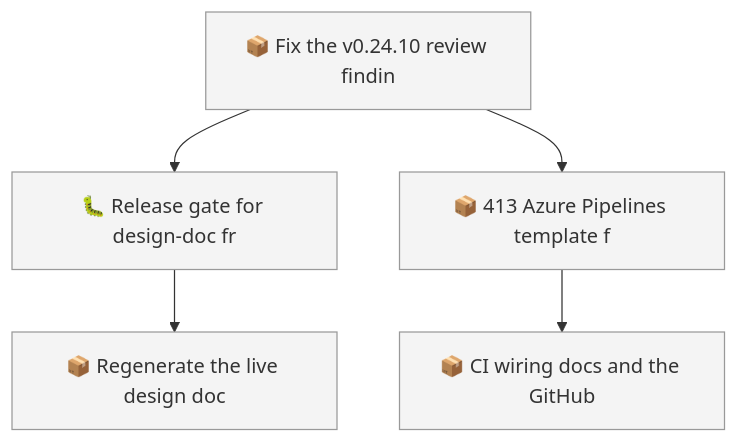
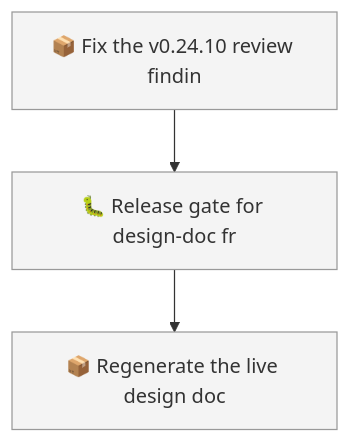
One commit to SpillwaveSolutions/wiki_ticket_sdd changed the first of 2 diagrams in docs/roadmap.md. Above: the diagram before and after it, drawn with Mermaid. The commit also changed other lines of this file and 5 other files, not shown here.

Commit message:
chore(worklog): regenerate derived docs after merge (01M2XCWMV0QYM4ZRBWN1V1327B)

````diff
--- a/docs/roadmap.md
+++ b/docs/roadmap.md
@@ -43,14 +41,10 @@
 ```mermaid
 graph TD
     01M2XCWMV0QYM4ZRBWN1V1327B["📦 Fix the v0.24.10 review findin"]
     01M2XCWMVEH3XFP2VPS9JBD6XQ["🐛 Release gate for design-doc fr"]
     01M2XCWMVEH3XFP2VPS9JBD6XS["📦 Regenerate the live design doc"]
-    01M2XCWMVEH3XFP2VPS9JBD6XV["📦 413 Azure Pipelines template f"]
-    01M2XCWMVEH3XFP2VPS9JBD6XX["📦 CI wiring docs and the GitHub"]
     01M2XCWMV0QYM4ZRBWN1V1327B --> 01M2XCWMVEH3XFP2VPS9JBD6XQ
     01M2XCWMVEH3XFP2VPS9JBD6XQ --> 01M2XCWMVEH3XFP2VPS9JBD6XS
-    01M2XCWMV0QYM4ZRBWN1V1327B --> 01M2XCWMVEH3XFP2VPS9JBD6XV
-    01M2XCWMVEH3XFP2VPS9JBD6XV --> 01M2XCWMVEH3XFP2VPS9JBD6XX
     classDef todo fill:#f4f4f4,stroke:#999999
-    class 01M2XCWMV0QYM4ZRBWN1V1327B,01M2XCWMVEH3XFP2VPS9JBD6XQ,01M2XCWMVEH3XFP2VPS9JBD6XS,01M2XCWMVEH3XFP2VPS9JBD6XV,01M2XCWMVEH3XFP2VPS9JBD6XX todo
+    class 01M2XCWMV0QYM4ZRBWN1V1327B,01M2XCWMVEH3XFP2VPS9JBD6XQ,01M2XCWMVEH3XFP2VPS9JBD6XS todo
 ```
````
